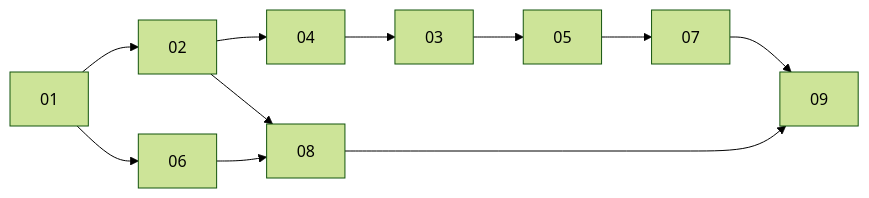
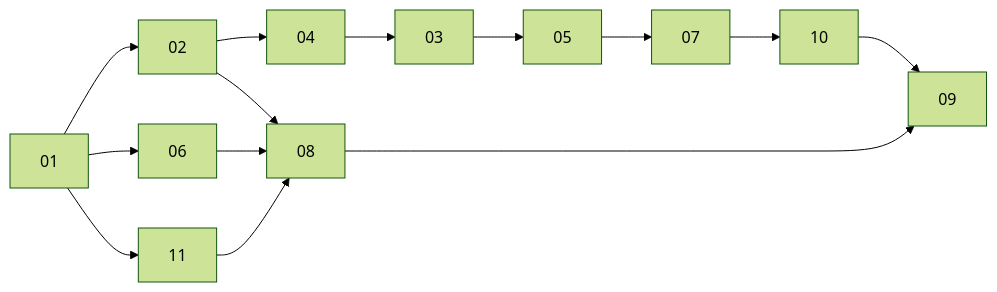
The diagram in .ai/plans/v0.7.x/anindosarker/v0.7.x-plan.md (anindosarker/shadcn-table), drawn with Mermaid (forest theme) before and after one commit. The commit also changed other lines of this file and 7 other files, not shown here.

````diff
--- a/.ai/plans/v0.7.x/anindosarker/v0.7.x-plan.md
+++ b/.ai/plans/v0.7.x/anindosarker/v0.7.x-plan.md
@@ -30,13 +35,16 @@
 ```mermaid
 graph LR
   01 --> 02
   02 --> 04
   04 --> 03
   03 --> 05
   05 --> 07
+  07 --> 10
   01 --> 06
+  01 --> 11
+  06 --> 08
+  11 --> 08
   02 --> 08
-  06 --> 08
-  07 --> 09
+  10 --> 09
   08 --> 09
 ```
````
